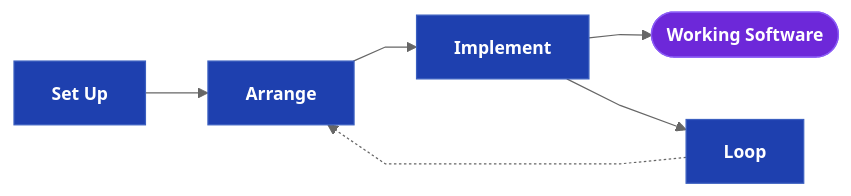
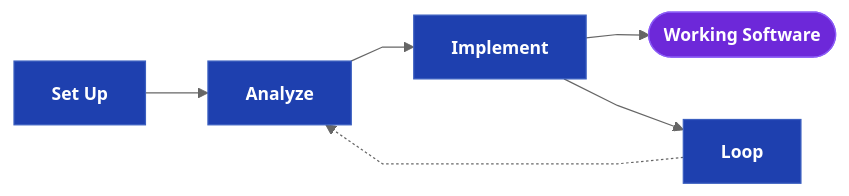
One commit to webcloudstudio/Drydock changed the first of 9 diagrams in docs/Drydock_Specification.md. Above: the diagram before and after it, drawn with Mermaid. The commit also changed other lines of this file and 1 other file, not shown here.

````diff
--- a/docs/Drydock_Specification.md
+++ b/docs/Drydock_Specification.md
@@ -77,16 +77,16 @@
 ```mermaid
 %%{init: {'theme': 'neutral', 'flowchart': {'curve': 'linear'}, 'themeVariables': {'fontSize': '14px'}}}%%
 flowchart LR
   classDef dir    fill:#0a5c38,stroke:#2cb67d,color:#fff,font-weight:bold
   classDef md     fill:#d4a017,stroke:#a07810,color:#111,font-weight:bold
   classDef script fill:#1e40af,stroke:#3b5fc0,color:#fff,font-weight:bold
   classDef prompt fill:#c2410c,stroke:#ea580c,color:#fff,font-weight:bold
   classDef output fill:#6d28d9,stroke:#8b5cf6,color:#fff,font-weight:bold
   classDef web    fill:#be123c,stroke:#fb7185,color:#fff,font-weight:bold
 
-  SETUP["Set Up"]:::script --> ARRANGE["Arrange"]:::script
-  ARRANGE --> IMPLEMENT["Implement"]:::script
+  SETUP["Set Up"]:::script --> ANALYZE["Analyze"]:::script
+  ANALYZE --> IMPLEMENT["Implement"]:::script
   IMPLEMENT --> SOFTWARE(["Working Software"]):::output
   IMPLEMENT --> LOOP["Loop"]:::script
-  LOOP -.-> ARRANGE
+  LOOP -.-> ANALYZE
 ```
````
